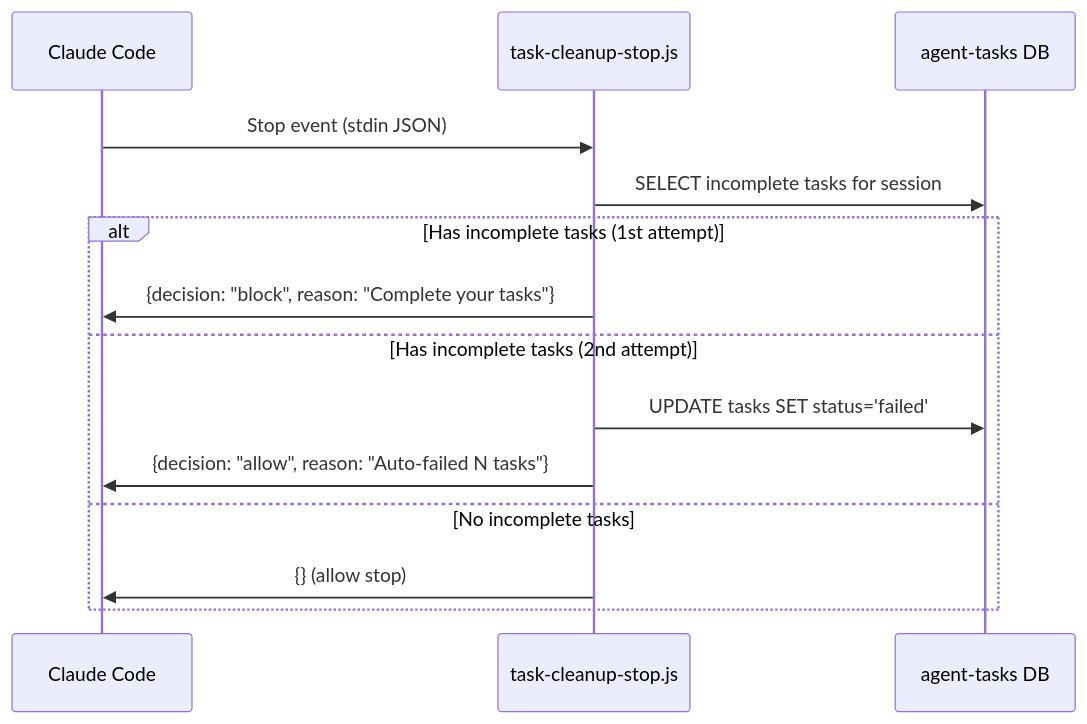
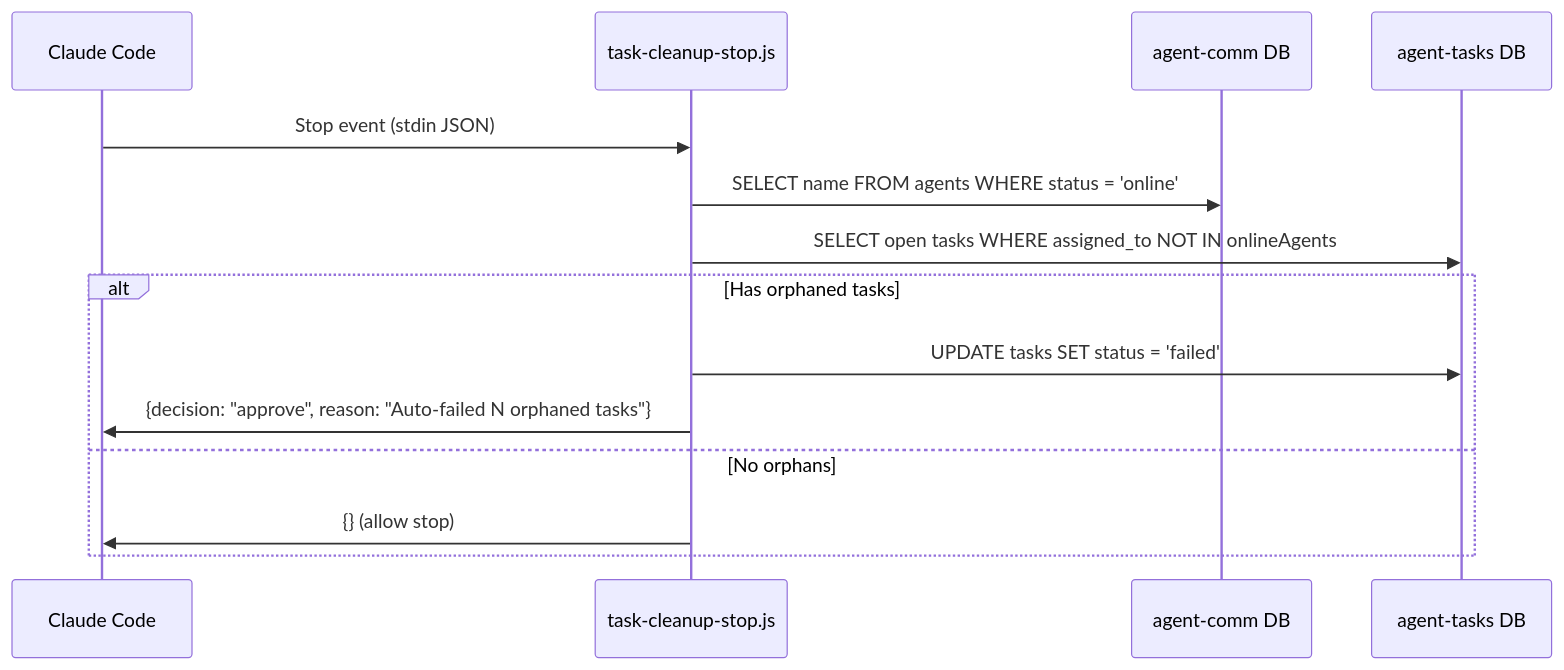
One commit to keshrath/agent-tasks changed the first of 2 diagrams in docs/SETUP.md. Above: the diagram before and after it, drawn with Mermaid. The commit also changed other lines of this file and 11 other files, not shown here.

````diff
--- a/docs/SETUP.md
+++ b/docs/SETUP.md
@@ -284,17 +283,17 @@
 ```mermaid
 sequenceDiagram
     participant CC as Claude Code
     participant Hook as task-cleanup-stop.js
-    participant DB as agent-tasks DB
+    participant CommDB as agent-comm DB
+    participant TasksDB as agent-tasks DB
 
     CC->>Hook: Stop event (stdin JSON)
-    Hook->>DB: SELECT incomplete tasks for session
-    alt Has incomplete tasks (1st attempt)
-        Hook->>CC: {decision: "block", reason: "Complete your tasks"}
-    else Has incomplete tasks (2nd attempt)
-        Hook->>DB: UPDATE tasks SET status='failed'
-        Hook->>CC: {decision: "allow", reason: "Auto-failed N tasks"}
-    else No incomplete tasks
+    Hook->>CommDB: SELECT name FROM agents WHERE status = 'online'
+    Hook->>TasksDB: SELECT open tasks WHERE assigned_to NOT IN onlineAgents
+    alt Has orphaned tasks
+        Hook->>TasksDB: UPDATE tasks SET status = 'failed'
+        Hook->>CC: {decision: "approve", reason: "Auto-failed N orphaned tasks"}
+    else No orphans
         Hook->>CC: {} (allow stop)
     end
 ```
````
